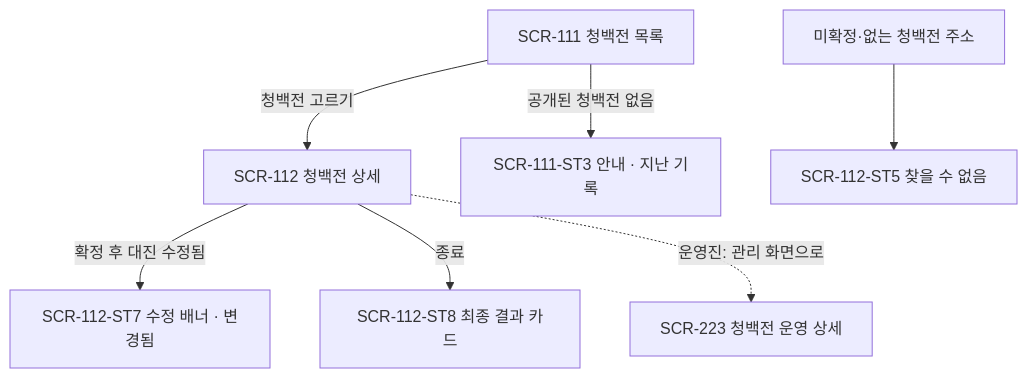
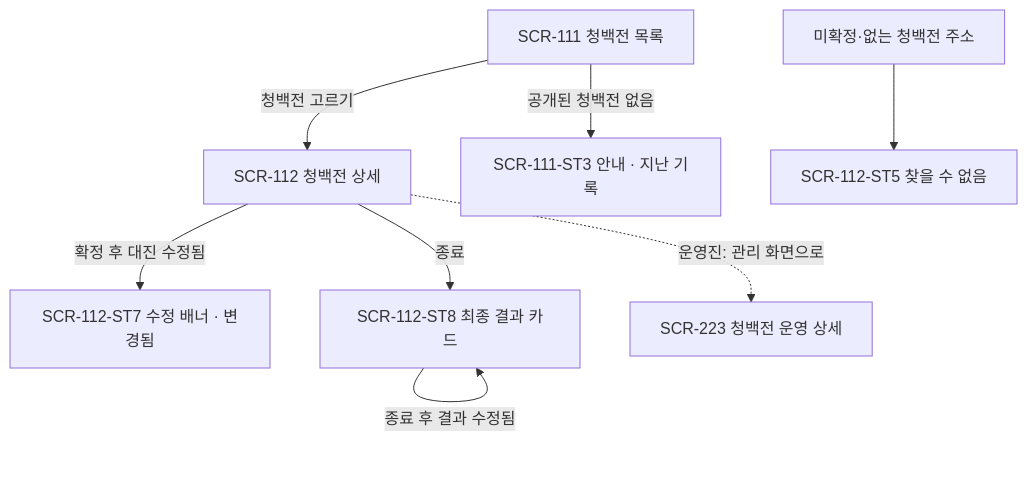
One commit to hoik-ryu/badminton-playbook changed the eighth of 8 diagrams in docs/design/03-screen-flows.md. Above: the diagram before and after it, drawn with Mermaid. The commit also changed other lines of this file and 68 other files, not shown here.

````diff
--- a/docs/design/03-screen-flows.md
+++ b/docs/design/03-screen-flows.md
@@ -253,9 +261,10 @@
 ```mermaid
 flowchart TD
   SCR111[SCR-111 청백전 목록] -->|청백전 고르기| SCR112[SCR-112 청백전 상세]
   SCR111 -->|공개된 청백전 없음| SCR111E[SCR-111-ST3 안내 · 지난 기록]
   SCR112 -->|확정 후 대진 수정됨| SCR112M[SCR-112-ST7 수정 배너 · 변경됨]
   SCR112 -->|종료| SCR112Z[SCR-112-ST8 최종 결과 카드]
+  SCR112Z -->|종료 후 결과 수정됨| SCR112Z
   SCR112 -.->|운영진: 관리 화면으로| SCR223[SCR-223 청백전 운영 상세]
   X[미확정·없는 청백전 주소] --> SCR112X[SCR-112-ST5 찾을 수 없음]
 ```
````
